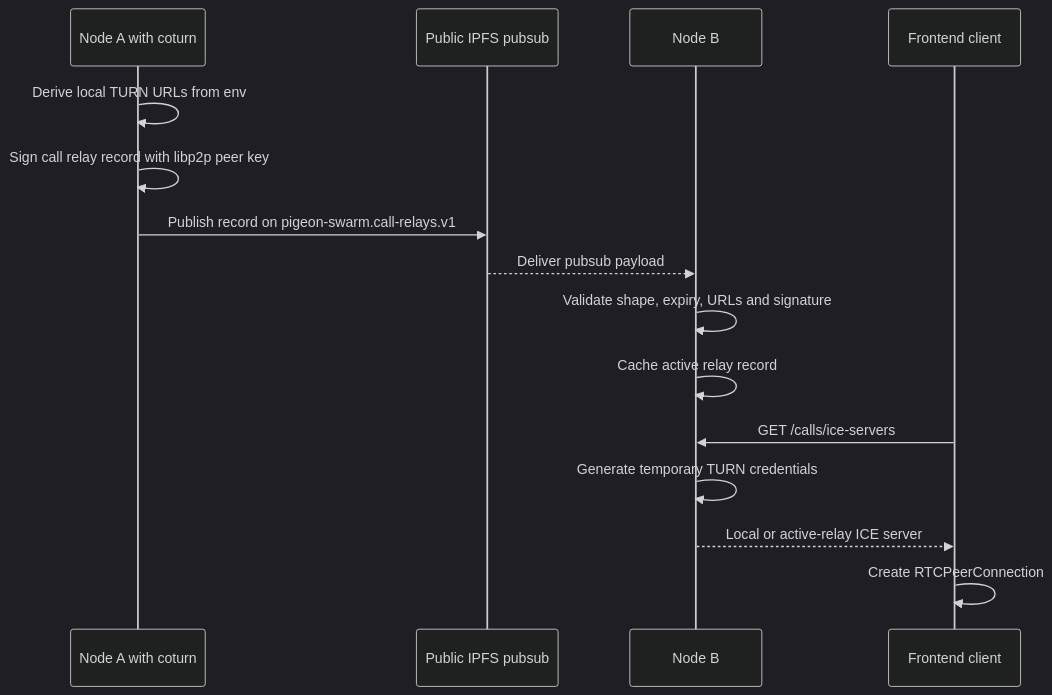
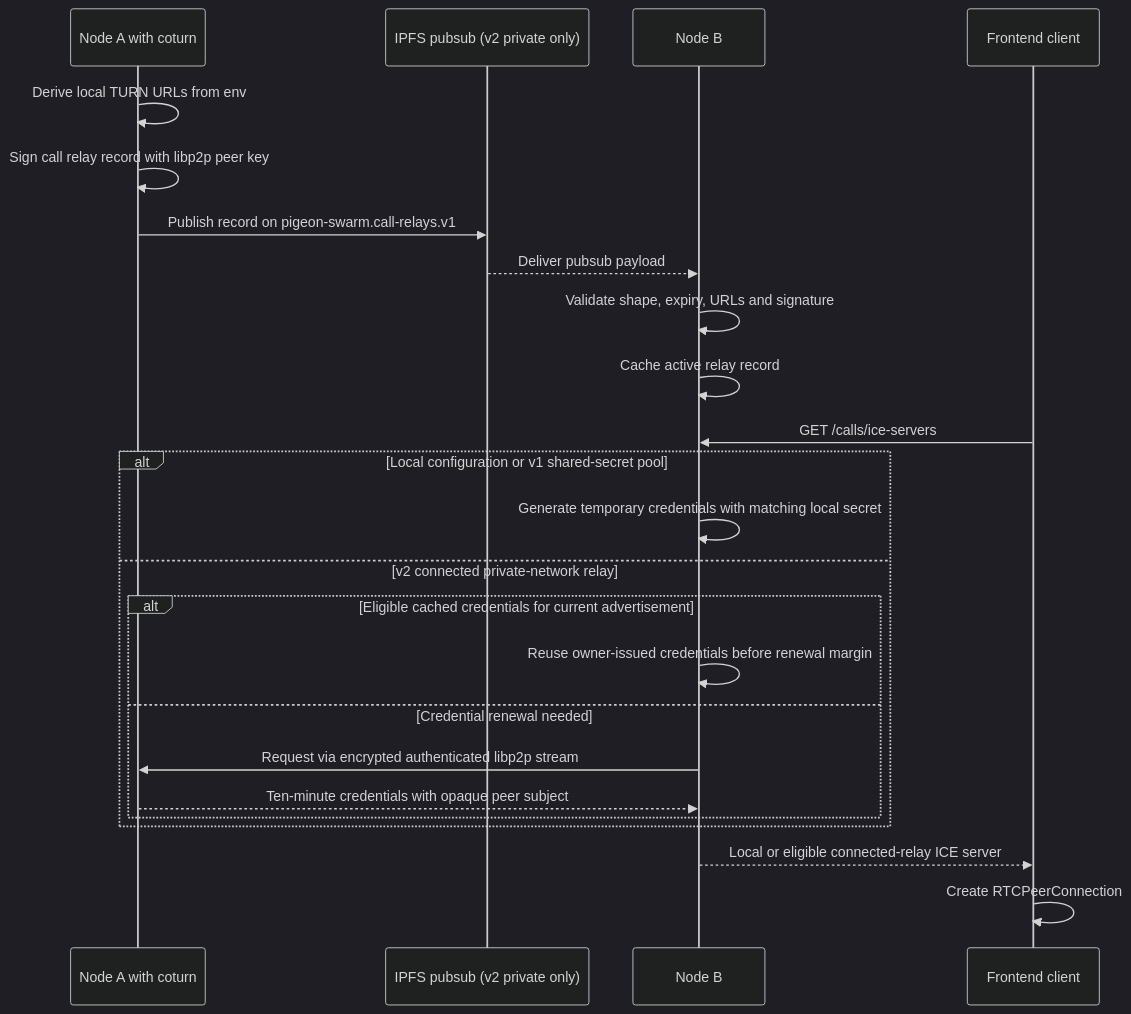
The second of 5 diagrams in docs/calls-turn-relay-discovery.md (haskou/pigeon-swarm-node), drawn with Mermaid (dark theme) before and after one commit. The commit also changed other lines of this file and 24 other files, not shown here.

First line of the commit message:
feat(calls): ✨ Obtain TURN credentials from private relay owners (#306)

````diff
--- a/docs/calls-turn-relay-discovery.md
+++ b/docs/calls-turn-relay-discovery.md
@@ -138,18 +141,27 @@
 ```mermaid
 sequenceDiagram
     participant NodeA as Node A with coturn
-    participant IPFS as Public IPFS pubsub
+    participant IPFS as IPFS pubsub (v2 private only)
     participant NodeB as Node B
     participant Client as Frontend client
 
     NodeA->>NodeA: Derive local TURN URLs from env
     NodeA->>NodeA: Sign call relay record with libp2p peer key
     NodeA->>IPFS: Publish record on pigeon-swarm.call-relays.v1
     IPFS-->>NodeB: Deliver pubsub payload
     NodeB->>NodeB: Validate shape, expiry, URLs and signature
     NodeB->>NodeB: Cache active relay record
     Client->>NodeB: GET /calls/ice-servers
-    NodeB->>NodeB: Generate temporary TURN credentials
-    NodeB-->>Client: Local or active-relay ICE server
+    alt Local configuration or v1 shared-secret pool
+        NodeB->>NodeB: Generate temporary credentials with matching local secret
+    else v2 connected private-network relay
+        alt Eligible cached credentials for current advertisement
+            NodeB->>NodeB: Reuse owner-issued credentials before renewal margin
+        else Credential renewal needed
+            NodeB->>NodeA: Request via encrypted authenticated libp2p stream
+            NodeA-->>NodeB: Ten-minute credentials with opaque peer subject
+        end
+    end
+    NodeB-->>Client: Local or eligible connected-relay ICE server
     Client->>Client: Create RTCPeerConnection
 ```
````
